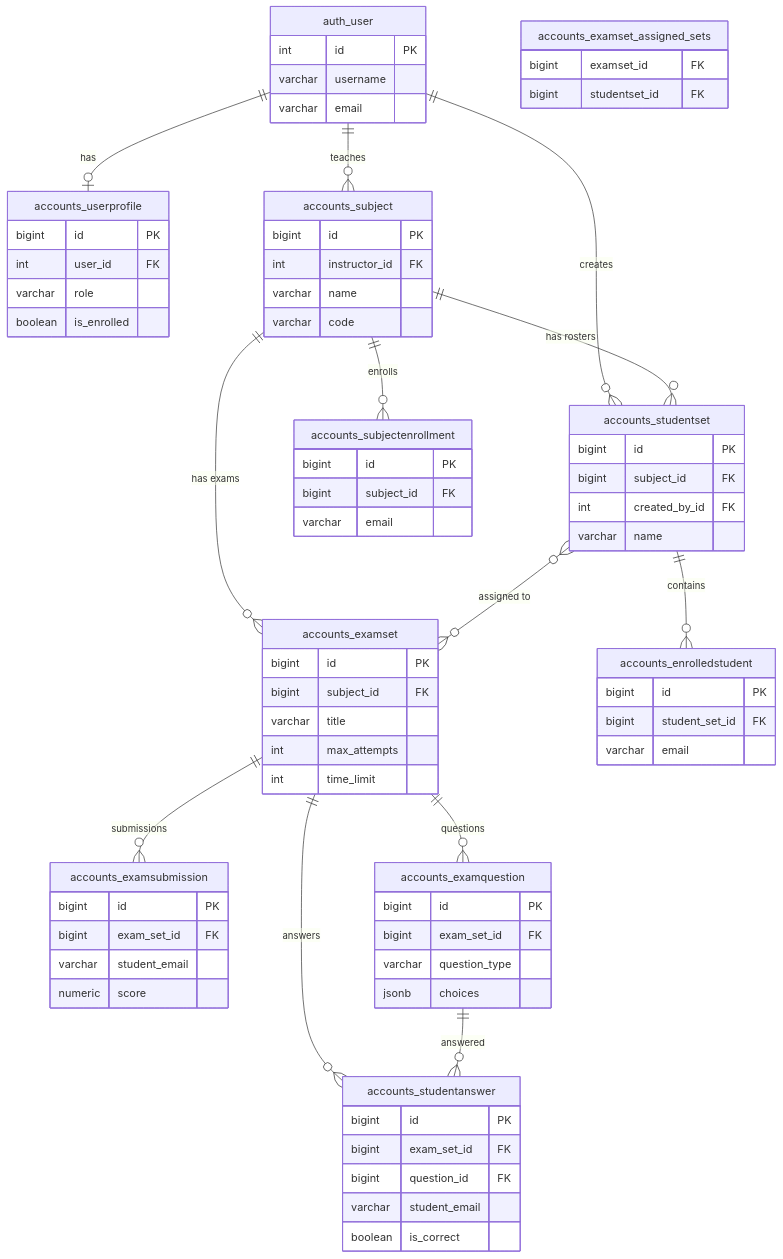
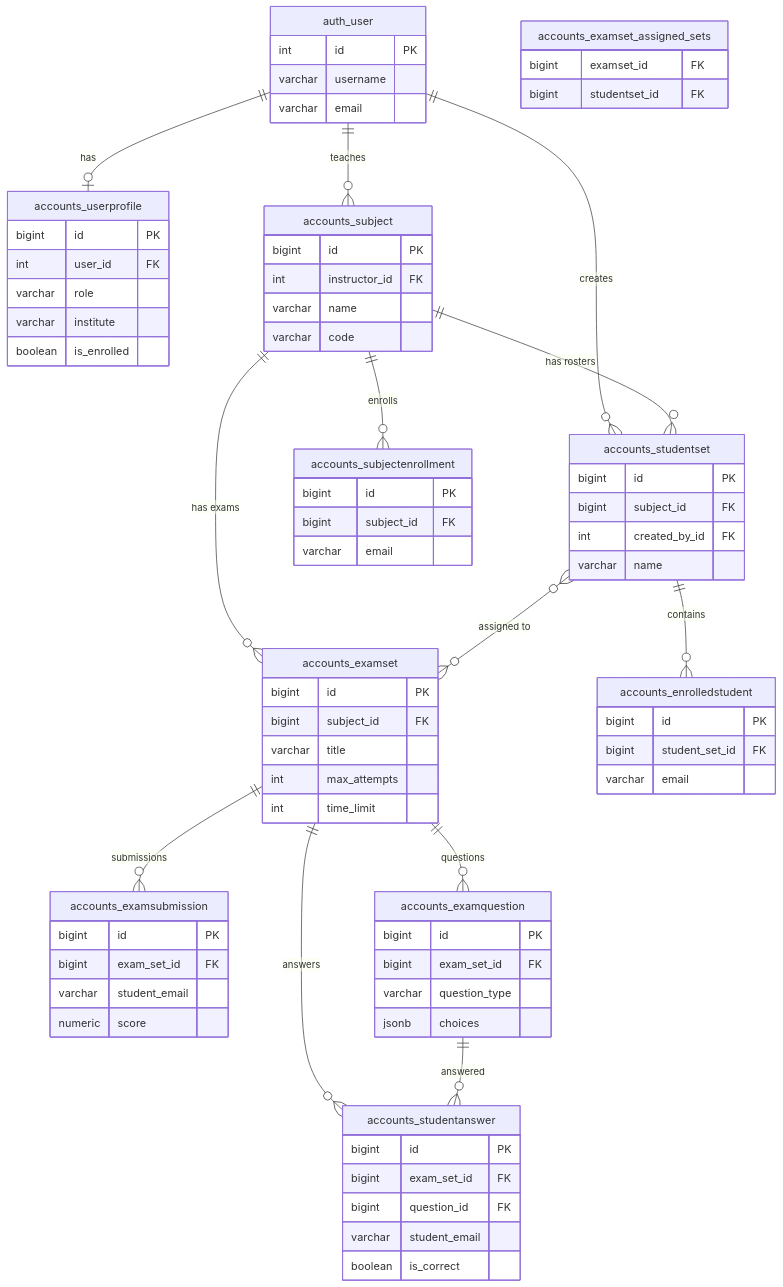
Before and after one commit to brybalidiong/AI-Vigilation: the diagram in docs/database-erd.md, drawn with Mermaid. The commit also changed 7 other files, not shown here.

```diff
--- a/docs/database-erd.md
+++ b/docs/database-erd.md
@@ -47,6 +47,7 @@
         bigint id PK
         int user_id FK
         varchar role
+        varchar institute
         boolean is_enrolled
     }
 
```
